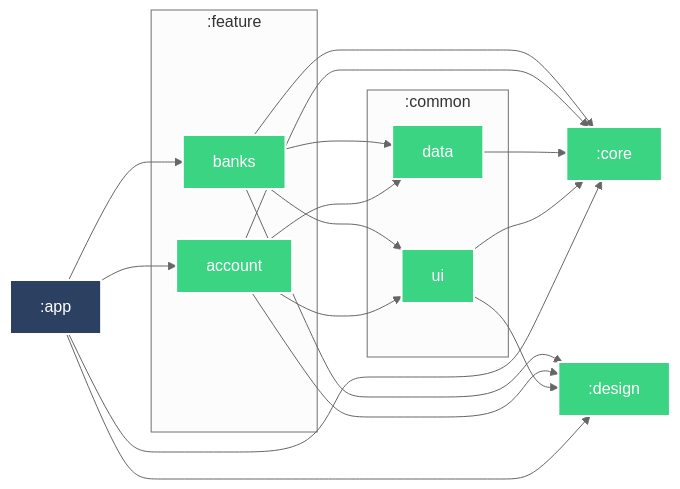
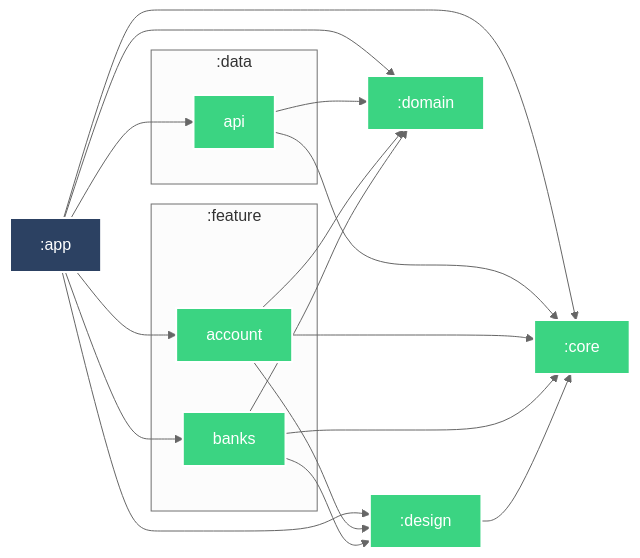
The diagram in docs/README.md (r4dixx/CATSikel), drawn with Mermaid before and after one commit. The commit also changed 75 other files, not shown here.

Commit message:
Yet another architecture approach

````diff
--- a/docs/README.md
+++ b/docs/README.md
@@ -3,43 +3,42 @@
 ```mermaid
 %%{
   init: {
     'theme': 'neutral'
   }
 }%%
 
 graph LR
-  subgraph :common
-    :common:data["data"]
-    :common:ui["ui"]
+  subgraph :data
+    :data:api["api"]
   end
   subgraph :feature
     :feature:banks["banks"]
     :feature:account["account"]
   end
+  :design --> :core
   :feature:banks --> :core
-  :feature:banks --> :common:data
-  :feature:banks --> :common:ui
   :feature:banks --> :design
+  :feature:banks --> :domain
   :feature:account --> :core
-  :feature:account --> :common:ui
-  :feature:account --> :common:data
   :feature:account --> :design
-  :common:data --> :core
-  :common:ui --> :core
-  :common:ui --> :design
+  :feature:account --> :domain
+  :data:api --> :core
+  :data:api --> :domain
   :app --> :core
+  :app --> :data:api
   :app --> :design
+  :app --> :domain
   :app --> :feature:account
   :app --> :feature:banks
 
 classDef android-library fill:#3BD482,stroke:#fff,stroke-width:2px,color:#fff;
 classDef android-application fill:#2C4162,stroke:#fff,stroke-width:2px,color:#fff;
+class :design android-library
+class :core android-library
 class :feature:banks android-library
-class :core android-library
-class :common:data android-library
-class :common:ui android-library
-class :design android-library
+class :domain android-library
 class :feature:account android-library
+class :data:api android-library
 class :app android-application
 
 ```
````
